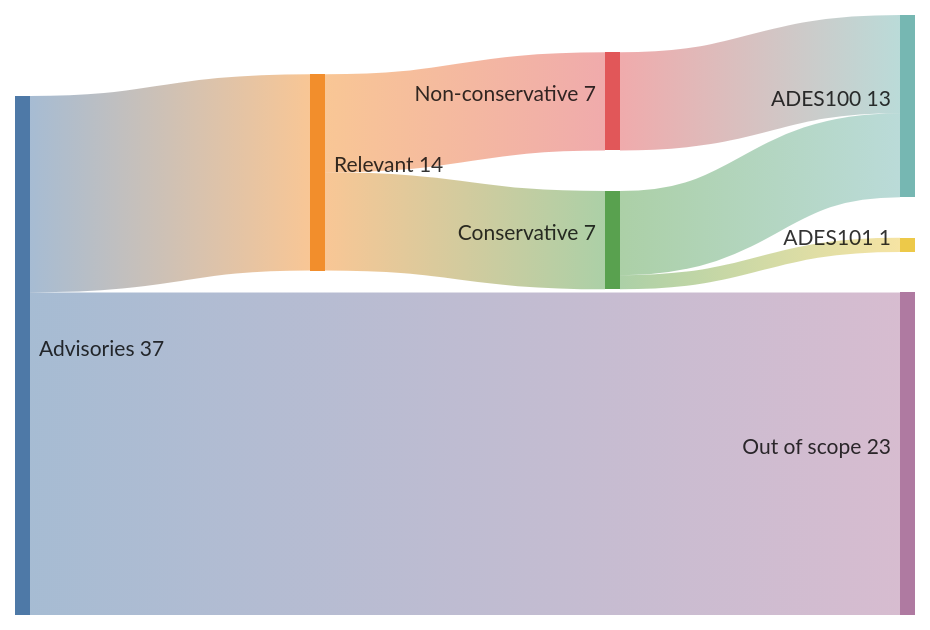
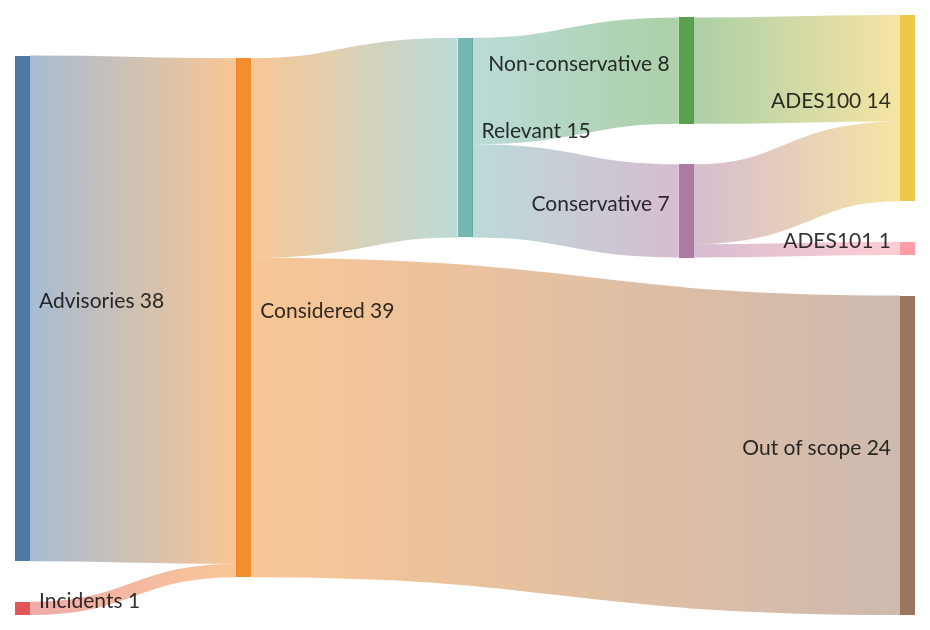
The diagram in docs/EVALUATION.md (ericcornelissen/ades), drawn with Mermaid before and after one commit. The commit also changed other lines of this file and 1 other file, not shown here.

Commit message:
Update evaluation

````diff
--- a/docs/EVALUATION.md
+++ b/docs/EVALUATION.md
@@ -118,14 +122,17 @@
 ```mermaid
 sankey-beta
 
-Advisories,Relevant,       14
+Advisories,Considered,     38
+Incidents,Considered,      1
 
-Relevant,Non-conservative, 7
-Non-conservative,ADES100,  7
+Considered,Relevant,       15
+
+Relevant,Non-conservative, 8
+Non-conservative,ADES100,  8
 
 Relevant,Conservative,     7
 Conservative,ADES100,      6
 Conservative,ADES101,      1
 
-Advisories,Out of scope,   23
+Considered,Out of scope,   24
 ```
````
